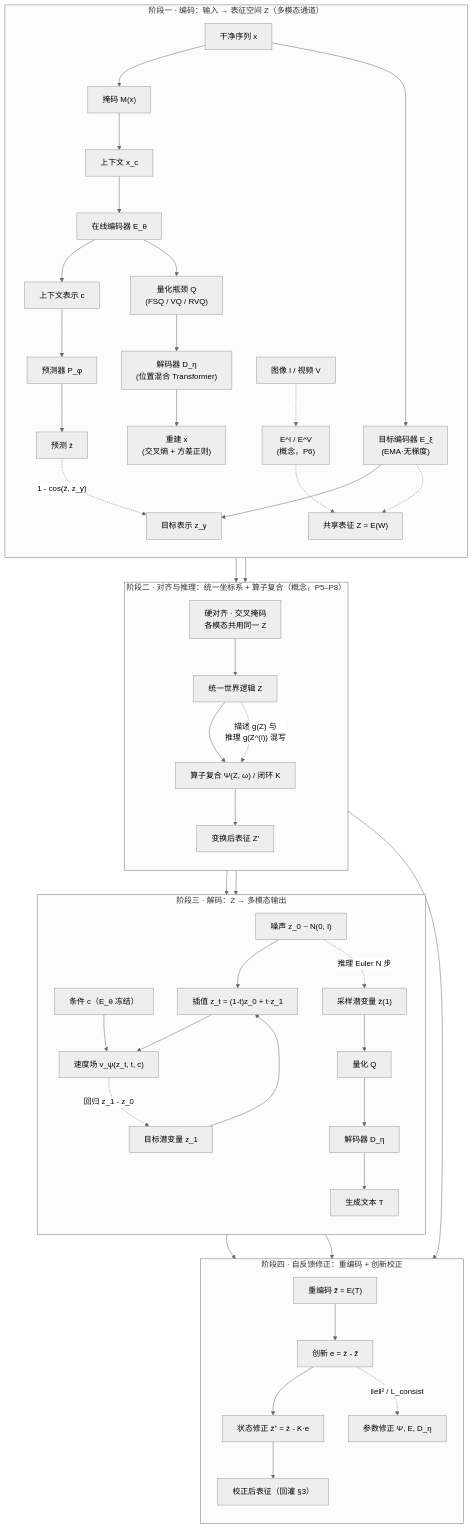
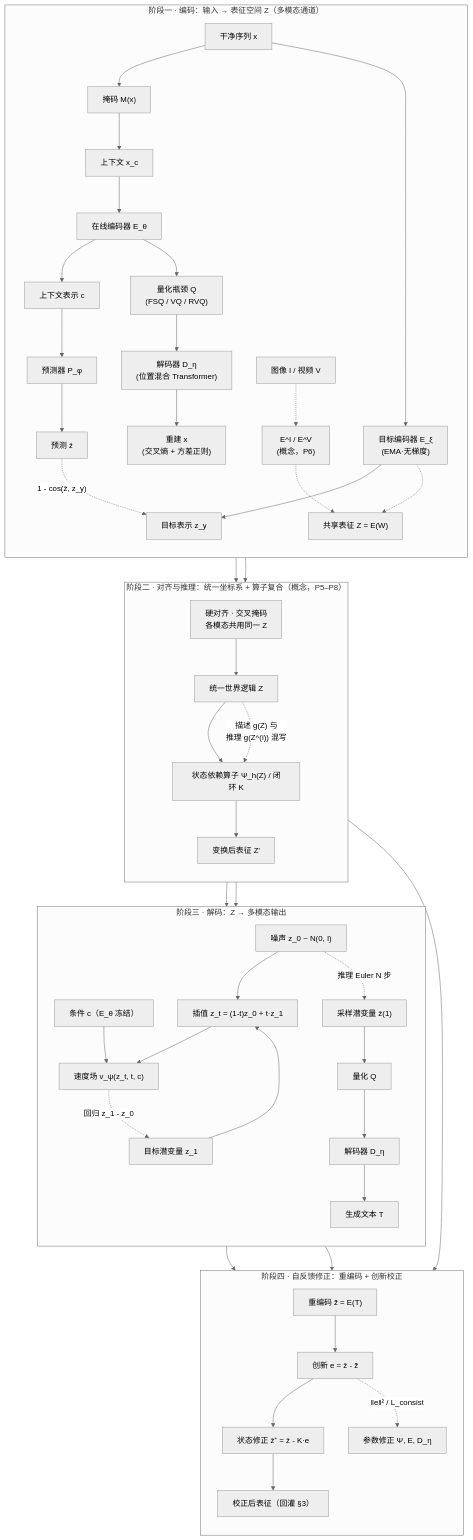
Before and after one commit to mayijun/my_experimental_model: the diagram in math.md, drawn with Mermaid (neutral theme). The commit also changed other lines of this file and 1 other file, not shown here.

````diff
--- a/math.md
+++ b/math.md
@@ -64,56 +64,56 @@
 ```mermaid
 flowchart TB
     subgraph S1["阶段一 · 编码：输入 → 表征空间 Z（多模态通道）"]
         direction TB
         X["干净序列 x"] --> MASK["掩码 M(x)"]
         MASK --> XC["上下文 x_c"]
         XC --> EON["在线编码器 E_θ"]
         X --> ETG["目标编码器 E_ξ<br/>(EMA·无梯度)"]
         EON --> C["上下文表示 c"]
         ETG --> ZY["目标表示 z_y"]
         C --> PRED["预测器 P_φ"]
         PRED --> ZHAT["预测 ẑ"]
         ZHAT -. "1 - cos(ẑ, z_y)" .-> ZY
         EON --> Q1["量化瓶颈 Q<br/>(FSQ / VQ / RVQ)"]
         Q1 --> DEC1["解码器 D_η<br/>(位置混合 Transformer)"]
         DEC1 --> REC["重建 x<br/>(交叉熵 + 方差正则)"]
         IV["图像 I / 视频 V"] -.-> EIV["E^I / E^V<br/>(概念，P6)"]
         EIV -.-> ZENC["共享表征 Z = E(W)"]
         ETG -.-> ZENC
     end
 
     subgraph S23["阶段二 · 对齐与推理：统一坐标系 + 算子复合（概念，P5–P8）"]
         direction TB
         ZENC --> ALIGN["硬对齐 · 交叉掩码<br/>各模态共用同一 Z"]
         ALIGN --> Z2["统一世界逻辑 Z"]
-        Z2 --> PSI["算子复合 Ψ(Z, ω) / 闭环 K"]
+        Z2 --> PSI["状态依赖算子 Ψ_h(Z) / 闭环 K"]
         PSI --> Z3["变换后表征 Z'"]
         Z2 -. "描述 g(Z) 与<br/>推理 g(Z^(i)) 混写" .-> PSI
     end
 
     subgraph S4["阶段三 · 解码：Z → 多模态输出"]
         direction TB
         Z3 --> N0["噪声 z_0 ~ N(0, I)"]
         N0 --> ZT["插值 z_t = (1-t)z_0 + t·z_1"]
         Z1["目标潜变量 z_1"] --> ZT
         COND["条件 c（E_θ 冻结）"] --> VEL["速度场 v_ψ(z_t, t, c)"]
         ZT --> VEL
         VEL -. "回归 z_1 - z_0" .-> Z1
         N0 -. "推理 Euler N 步" .-> ZHAT2["采样潜变量 ẑ(1)"]
         ZHAT2 --> Q2["量化 Q"]
         Q2 --> DEC2["解码器 D_η"]
         DEC2 --> TEXT["生成文本 T"]
     end
 
     subgraph S5["阶段四 · 自反馈修正：重编码 + 创新校正"]
         direction TB
         TEXT --> ENC2["重编码 ẑ̃ = E(T)"]
         Z3 --> ENC2
         ENC2 --> INNOV["创新 e = ẑ - ẑ̃"]
         INNOV --> CORR["状态修正 ẑ⁺ = ẑ - K·e"]
         INNOV -. "‖e‖² / L_consist" .-> PARAM["参数修正 Ψ, E, D_η"]
         CORR --> ZFB["校正后表征（回灌 §3）"]
     end
 
     S1 --> S23 --> S4 --> S5
 ```
````
